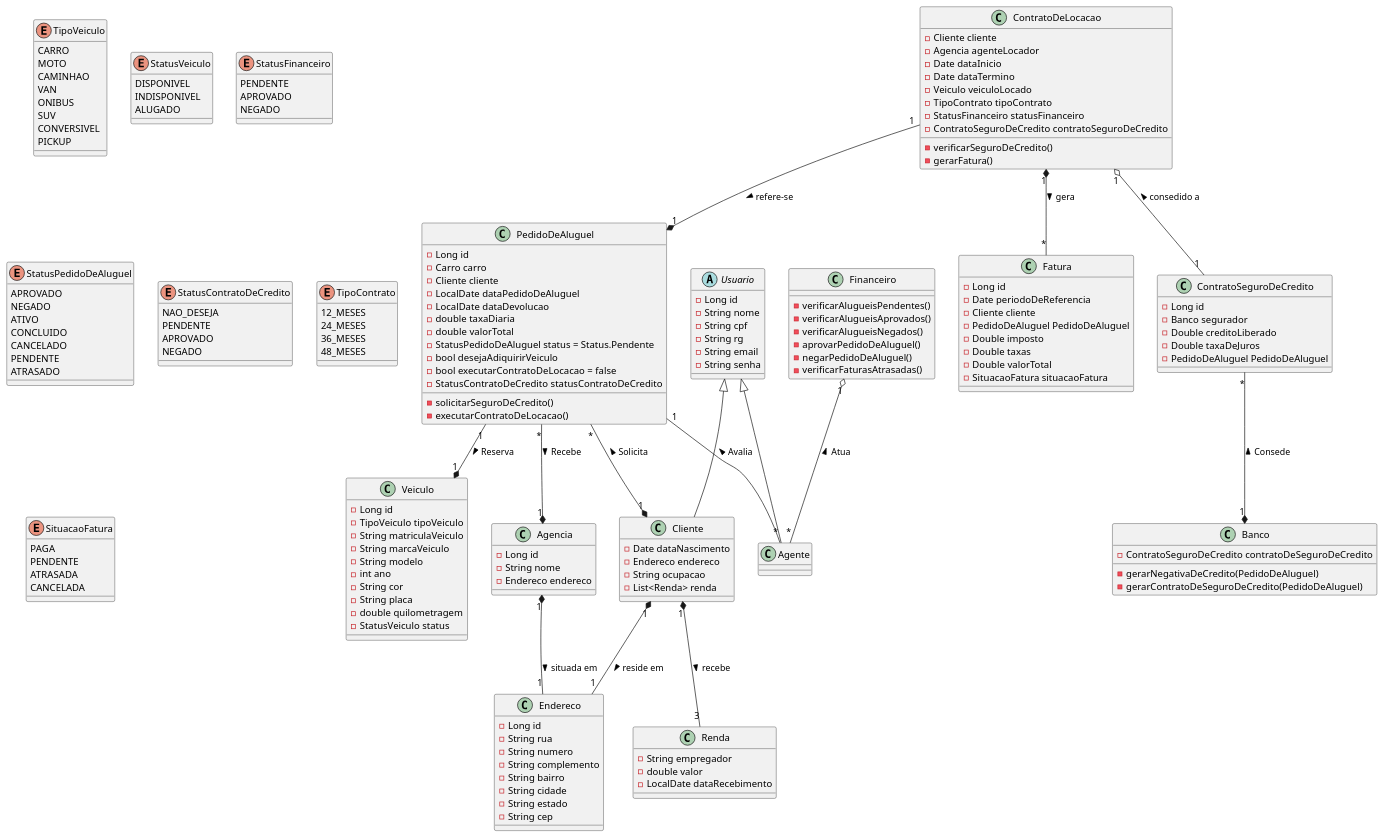
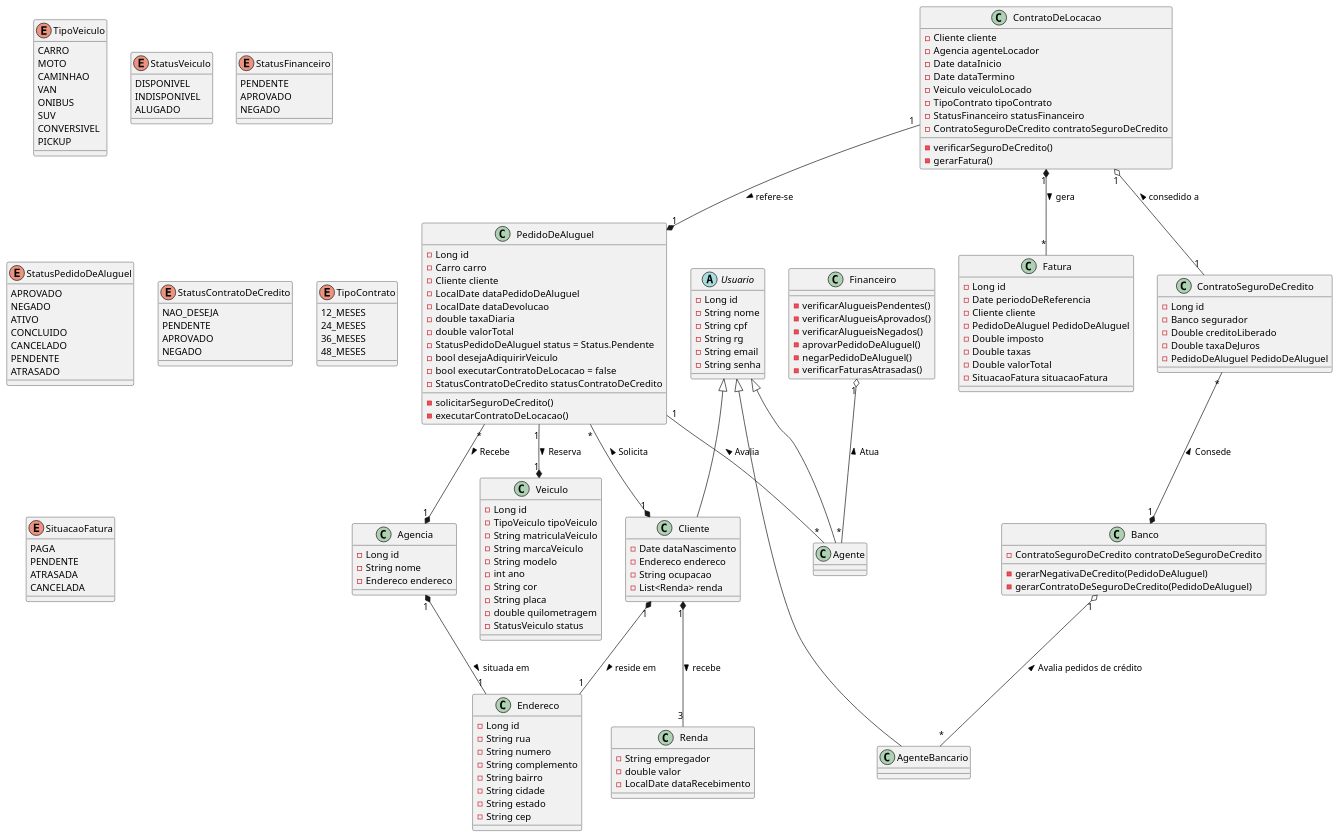
The diagram in projeto/diagrama_de_classes.puml (software-engineering-graduation/sistema_aluguel_carros-lds2024), drawn with PlantUML before and after one commit.

```diff
--- a/projeto/diagrama_de_classes.puml
+++ b/projeto/diagrama_de_classes.puml
@@ -168,6 +168,8 @@
     -gerarContratoDeSeguroDeCredito(PedidoDeAluguel)
 }
 
+class AgenteBancario extends Usuario{
+}
 
 class ContratoSeguroDeCredito {
     -Long id
@@ -196,4 +198,7 @@
 Cliente "1" *-- "3" Renda : recebe >
 
 Agencia "1" *-- "1" Endereco : situada em >
+
+Banco "1" o-- "*" AgenteBancario : Avalia pedidos de crédito <
+
 @enduml
```
